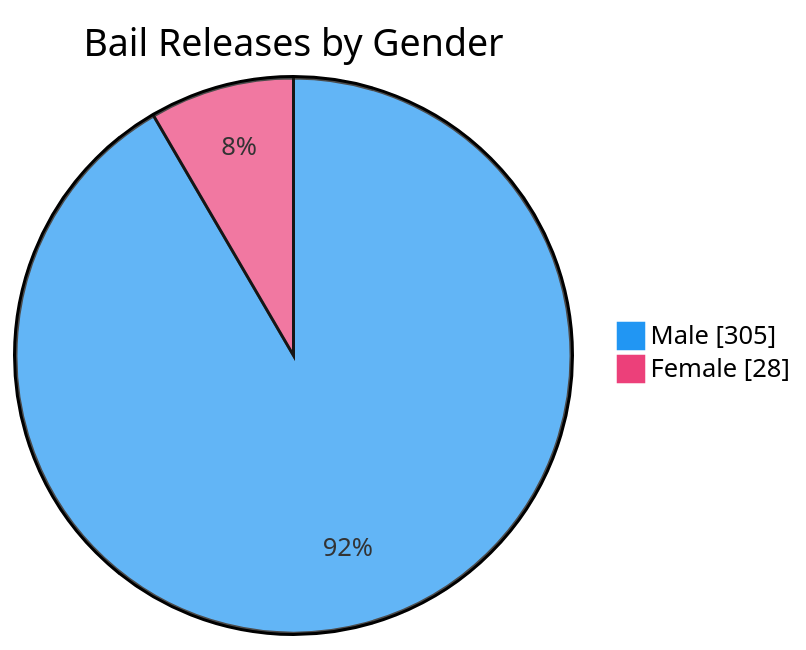
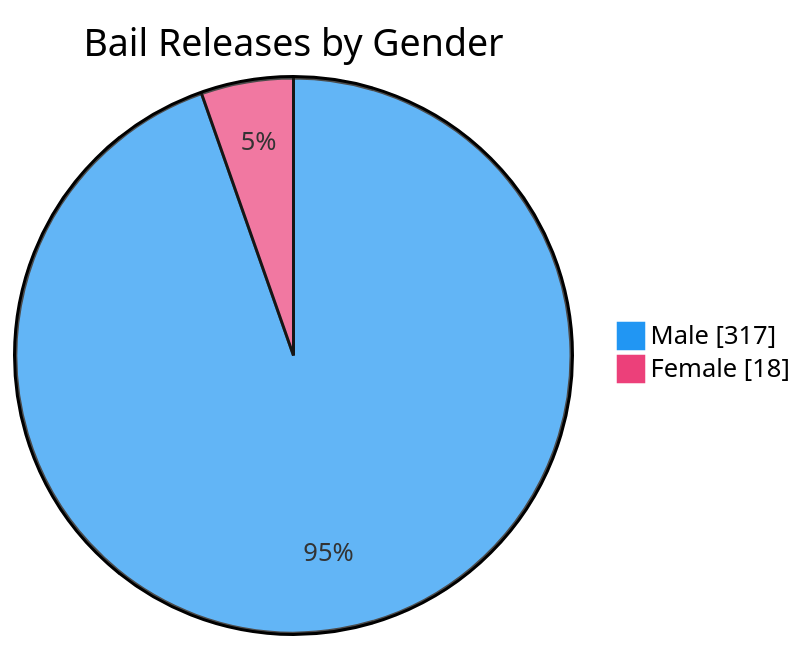
The seventh of 7 diagrams in README.md (nuuuwan/lk_prisons), drawn with Mermaid before and after one commit. The commit also changed other lines of this file and 1 other file, not shown here.

````diff
--- a/README.md
+++ b/README.md
@@ -109,6 +109,6 @@
 ```mermaid
 %%{init: {'themeVariables': {'pie1': '#2196F3', 'pie2': '#EC407A'}}}%%
 pie showData title Bail Releases by Gender
-    "Male" : 305
-    "Female" : 28
+    "Male" : 317
+    "Female" : 18
 ```
````
